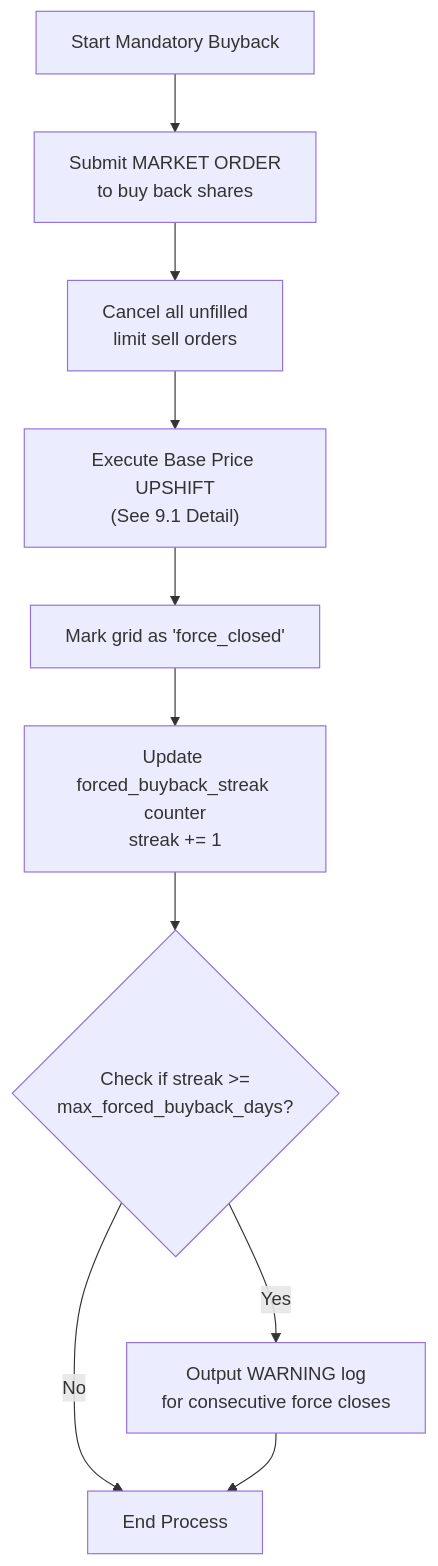
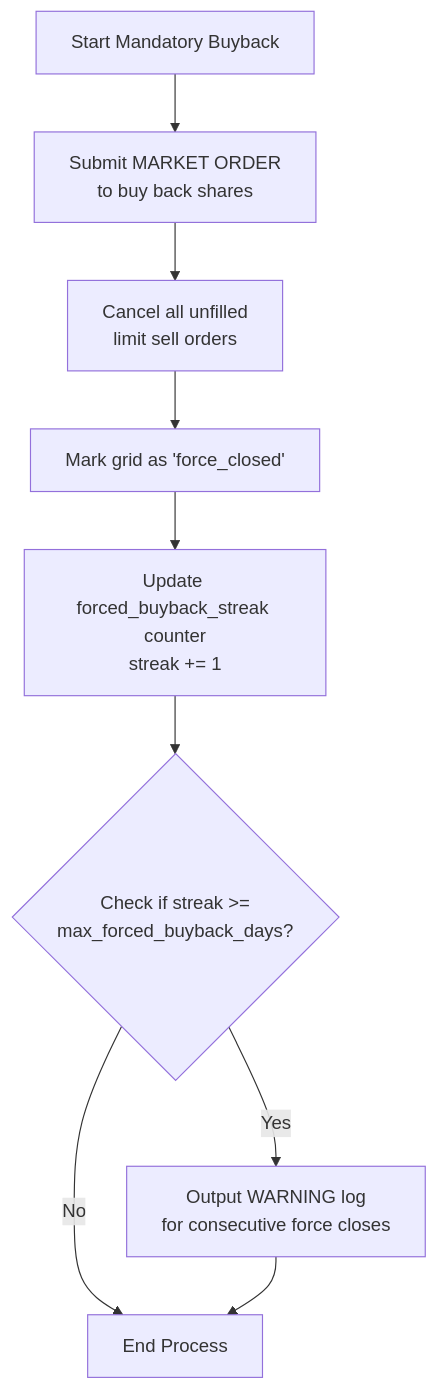
One commit to hhdsyxwei/campsis changed the third of 4 diagrams in docs/strategy-designs/grid-based-bear-chasing-strategy.md. Above: the diagram before and after it, drawn with Mermaid. The commit also changed other lines of this file, not shown here.

First line of the commit message:
refactor(strategy): revert to unidirectional base price 'Gravity Model'

````diff
--- a/docs/strategy-designs/grid-based-bear-chasing-strategy.md
+++ b/docs/strategy-designs/grid-based-bear-chasing-strategy.md
@@ -426,21 +418,19 @@
 ```mermaid
 flowchart TD
     Start["Start Mandatory Buyback"] --> SubmitOrder["Submit MARKET ORDER<br>to buy back shares"]
     
     SubmitOrder --> CancelSells["Cancel all unfilled<br>limit sell orders"]
     
-    CancelSells --> Upshift["Execute Base Price UPSHIFT<br>(See 9.1 Detail)"]
-    
-    Upshift --> MarkGrid["Mark grid as 'force_closed'"]
+    CancelSells --> MarkGrid["Mark grid as 'force_closed'"]
     
     MarkGrid --> UpdateStreak["Update forced_buyback_streak counter<br>streak += 1"]
     
     UpdateStreak --> CheckStreak{"Check if streak >=<br>max_forced_buyback_days?"}
     
     CheckStreak -- Yes --> LogWarning["Output WARNING log<br>for consecutive force closes"]
     
     CheckStreak -- No --> End["End Process"]
     
     LogWarning --> End
 
 ```
````
